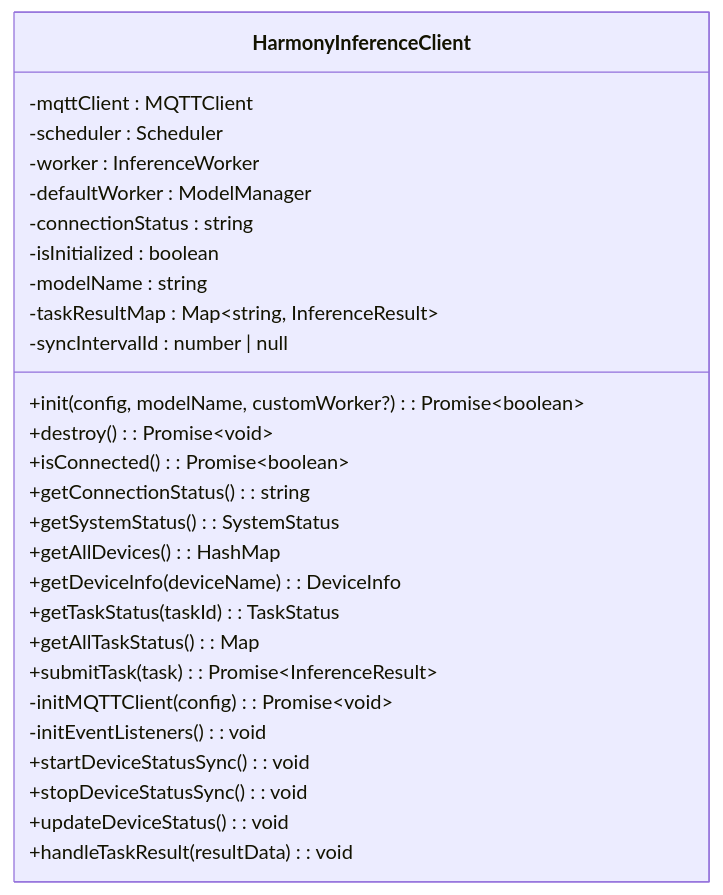
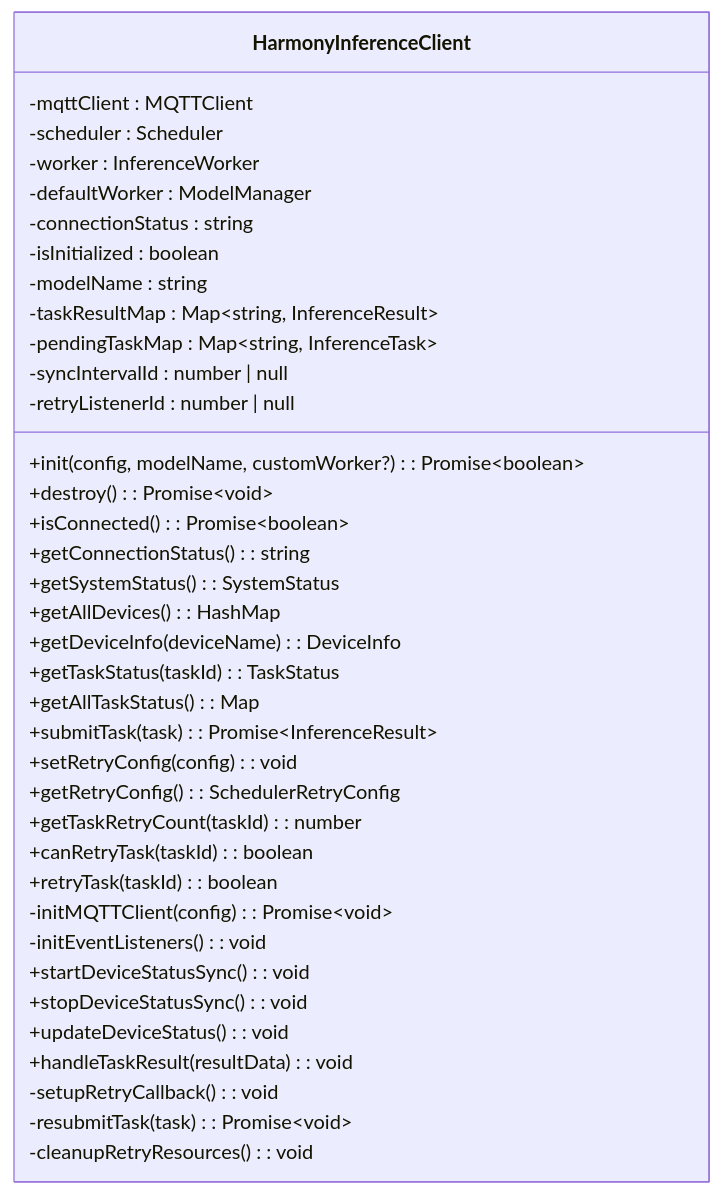
One commit to huo65/OH-Co3 changed the third of 9 diagrams in .qoder/repowiki/zh/content/推理核心模块/推理客户端.md. Above: the diagram before and after it, drawn with Mermaid. The commit also changed other lines of this file and 12 other files, not shown here.

````diff
--- a/.qoder/repowiki/zh/content/推理核心模块/推理客户端.md
+++ b/.qoder/repowiki/zh/content/推理核心模块/推理客户端.md
@@ -191,30 +192,40 @@
 ```mermaid
 classDiagram
 class HarmonyInferenceClient {
 -mqttClient : MQTTClient
 -scheduler : Scheduler
 -worker : InferenceWorker
 -defaultWorker : ModelManager
 -connectionStatus : string
 -isInitialized : boolean
 -modelName : string
 -taskResultMap : Map~string, InferenceResult~
+-pendingTaskMap : Map~string, InferenceTask~
 -syncIntervalId : number | null
+-retryListenerId : number | null
 +init(config, modelName, customWorker?) : Promise~boolean~
 +destroy() : Promise~void~
 +isConnected() : Promise~boolean~
 +getConnectionStatus() : string
 +getSystemStatus() : SystemStatus
 +getAllDevices() : HashMap
 +getDeviceInfo(deviceName) : DeviceInfo
 +getTaskStatus(taskId) : TaskStatus
 +getAllTaskStatus() : Map
 +submitTask(task) : Promise~InferenceResult~
++setRetryConfig(config) : void
++getRetryConfig() : SchedulerRetryConfig
++getTaskRetryCount(taskId) : number
++canRetryTask(taskId) : boolean
++retryTask(taskId) : boolean
 -initMQTTClient(config) : Promise~void~
 -initEventListeners() : void
 +startDeviceStatusSync() : void
 +stopDeviceStatusSync() : void
 +updateDeviceStatus() : void
 +handleTaskResult(resultData) : void
+-setupRetryCallback() : void
+-resubmitTask(task) : Promise~void~
+-cleanupRetryResources() : void
 }
 ```
````
